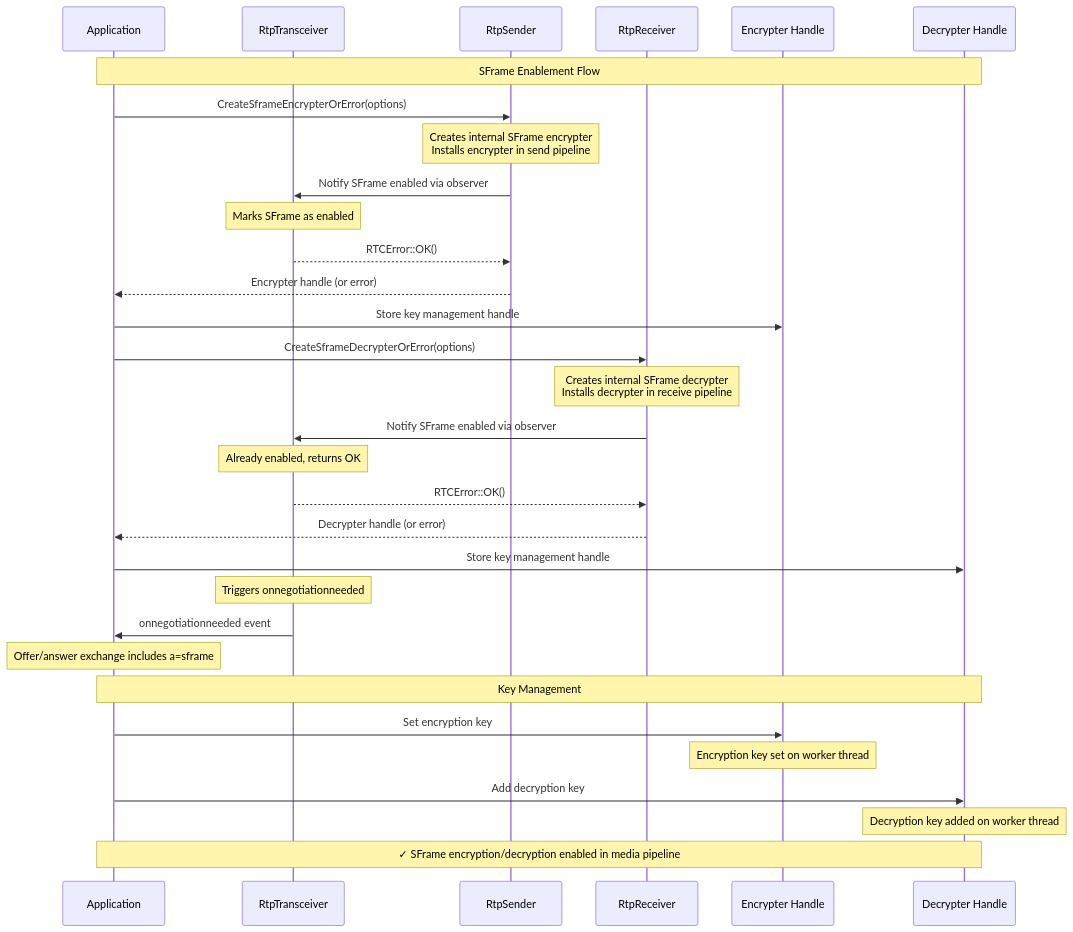
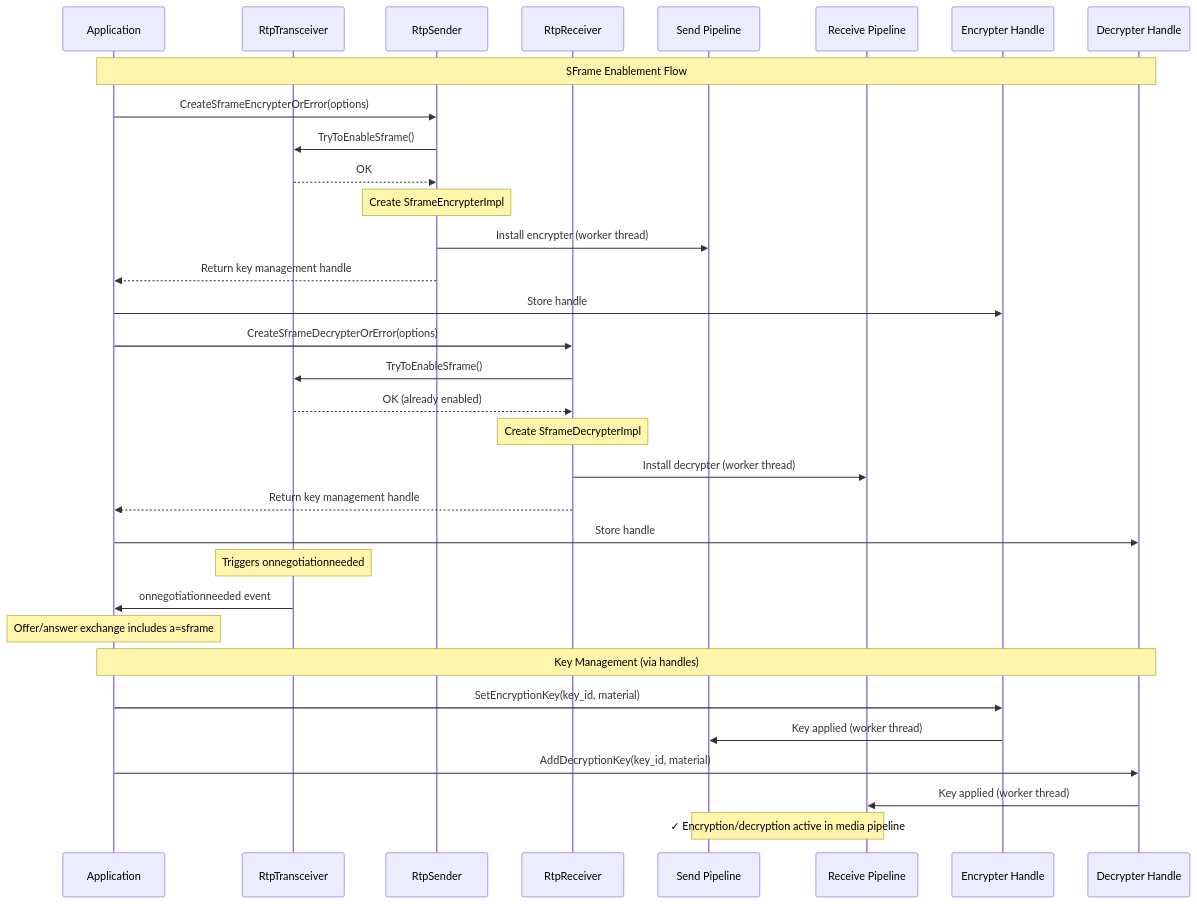
Before and after one commit to webex/webrtc-sframe: the first of 16 diagrams in README.md, drawn with Mermaid. The commit also changed other lines of this file and 1 other file, not shown here.

Commit message:
updated diagrams

````diff
--- a/README.md
+++ b/README.md
@@ -15,42 +15,44 @@
 ```mermaid
 sequenceDiagram
     participant App as Application
     participant T as RtpTransceiver
     participant S as RtpSender
     participant R as RtpReceiver
+    participant SendPipeline as Send Pipeline
+    participant RecvPipeline as Receive Pipeline
     participant EncHandle as Encrypter Handle
     participant DecHandle as Decrypter Handle
 
     Note over App,DecHandle: SFrame Enablement Flow
 
     App->>S: CreateSframeEncrypterOrError(options)
-    Note over S: Creates internal SFrame encrypter<br/>Installs encrypter in send pipeline
-    S->>T: Notify SFrame enabled via observer
-    Note over T: Marks SFrame as enabled
-    T-->>S: RTCError::OK()
-    S-->>App: Encrypter handle (or error)
-    App->>EncHandle: Store key management handle
+    S->>T: TryToEnableSframe()
+    T-->>S: OK
+    Note over S: Create SframeEncrypterImpl
+    S->>SendPipeline: Install encrypter (worker thread)
+    S-->>App: Return key management handle
+    App->>EncHandle: Store handle
 
     App->>R: CreateSframeDecrypterOrError(options)
-    Note over R: Creates internal SFrame decrypter<br/>Installs decrypter in receive pipeline
-    R->>T: Notify SFrame enabled via observer
-    Note over T: Already enabled, returns OK
-    T-->>R: RTCError::OK()
-    R-->>App: Decrypter handle (or error)
-    App->>DecHandle: Store key management handle
+    R->>T: TryToEnableSframe()
+    T-->>R: OK (already enabled)
+    Note over R: Create SframeDecrypterImpl
+    R->>RecvPipeline: Install decrypter (worker thread)
+    R-->>App: Return key management handle
+    App->>DecHandle: Store handle
 
     Note over T: Triggers onnegotiationneeded
     T->>App: onnegotiationneeded event
 
     Note over App: Offer/answer exchange includes a=sframe
 
-    Note over App,DecHandle: Key Management
+    Note over App,DecHandle: Key Management (via handles)
 
-    App->>EncHandle: Set encryption key
-    Note over EncHandle: Encryption key set on worker thread
+    App->>EncHandle: SetEncryptionKey(key_id, material)
+    EncHandle->>SendPipeline: Key applied (worker thread)
 
-    App->>DecHandle: Add decryption key
-    Note over DecHandle: Decryption key added on worker thread
+    App->>DecHandle: AddDecryptionKey(key_id, material)
+    DecHandle->>RecvPipeline: Key applied (worker thread)
 
-    Note over App,DecHandle: ✓ SFrame encryption/decryption enabled in media pipeline
+    Note over SendPipeline,RecvPipeline: ✓ Encryption/decryption active in media pipeline
 ```
````
